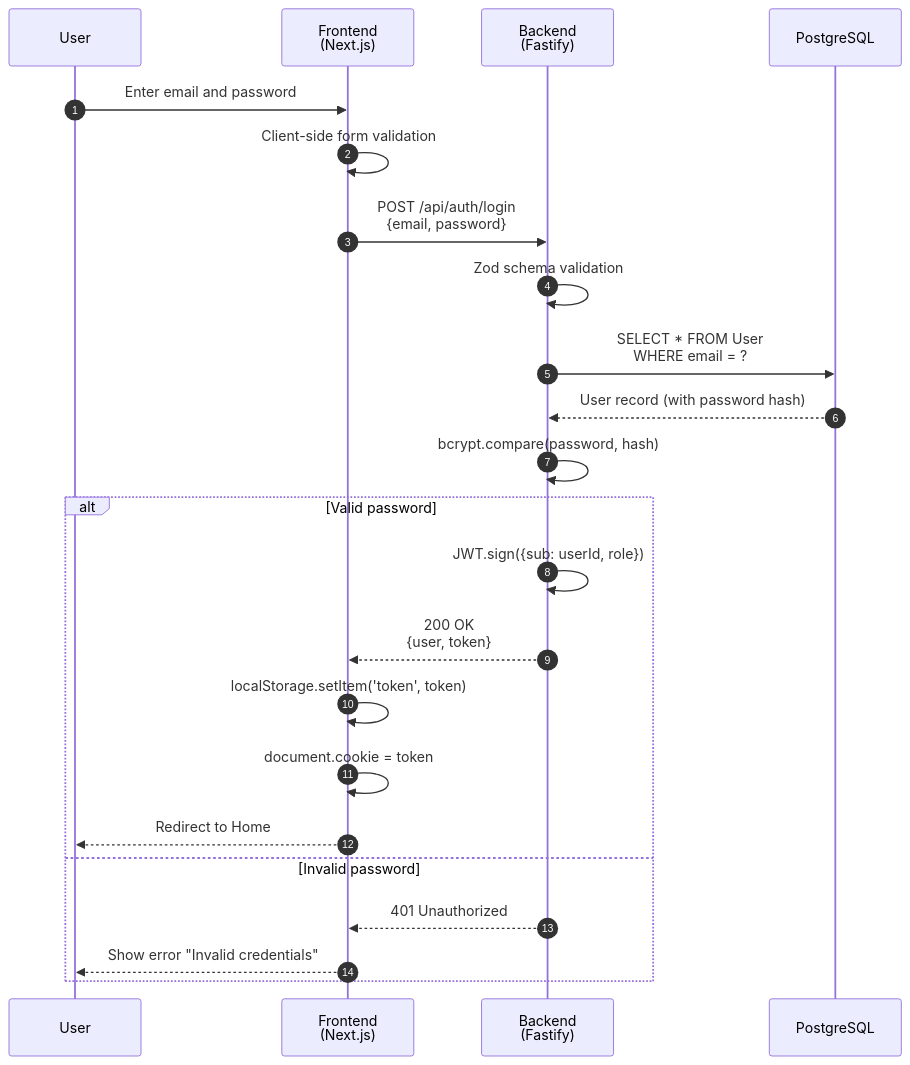
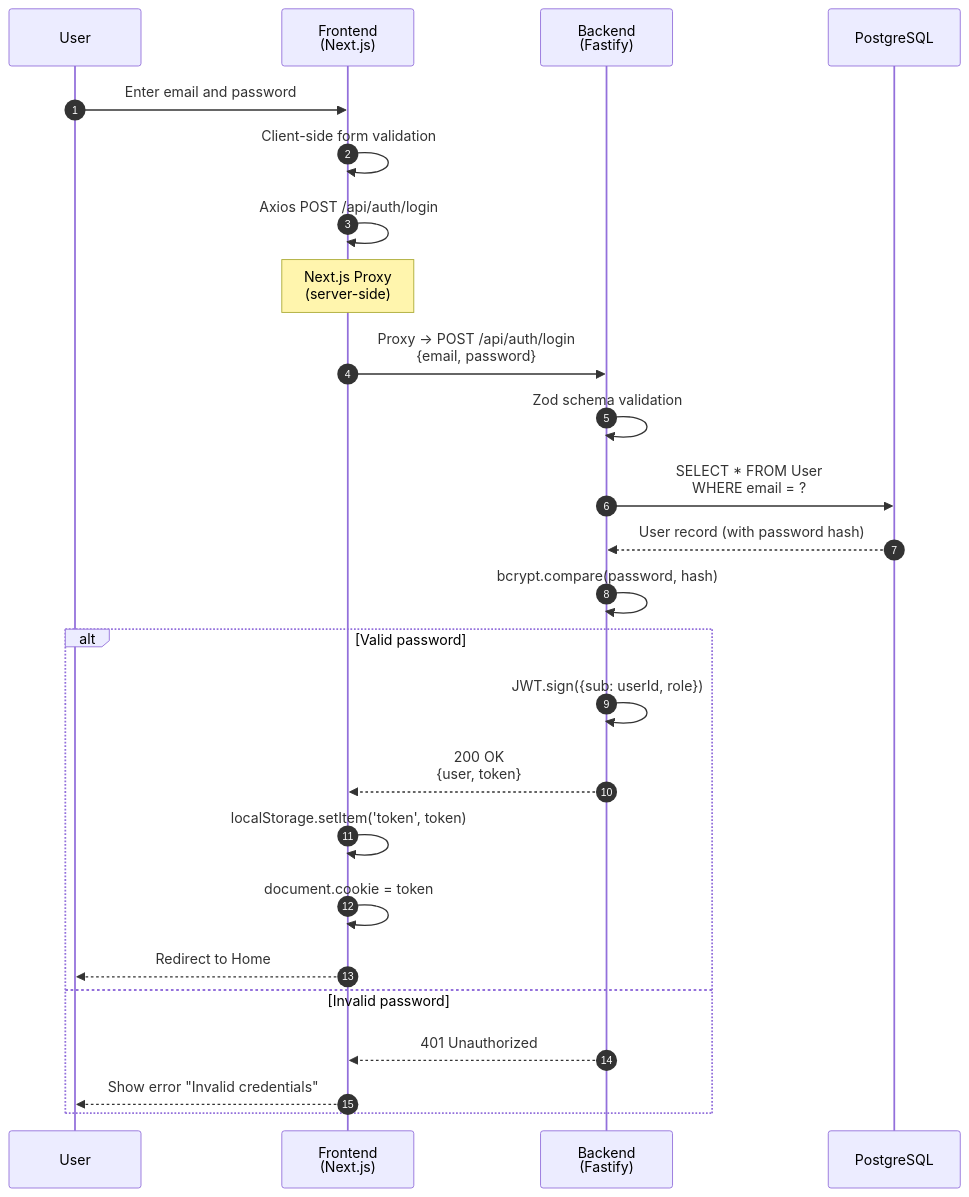
One commit to lorenzogirardi/ai-ecom-demo changed the first of 10 diagrams in ecommerce-demo/slides/SEQUENCE_DIAGRAMS_eng.md. Above: the diagram before and after it, drawn with Mermaid. The commit also changed other lines of this file and 1 other file, not shown here.

First line of the commit message:
docs: update sequence diagrams with Next.js proxy pattern

````diff
--- a/ecommerce-demo/slides/SEQUENCE_DIAGRAMS_eng.md
+++ b/ecommerce-demo/slides/SEQUENCE_DIAGRAMS_eng.md
@@ -9,26 +9,28 @@
 ```mermaid
 sequenceDiagram
     autonumber
     participant U as User
     participant FE as Frontend<br/>(Next.js)
     participant BE as Backend<br/>(Fastify)
     participant DB as PostgreSQL
 
     U->>FE: Enter email and password
     FE->>FE: Client-side form validation
-    FE->>BE: POST /api/auth/login<br/>{email, password}
+    FE->>FE: Axios POST /api/auth/login
+    Note over FE: Next.js Proxy<br/>(server-side)
+    FE->>BE: Proxy → POST /api/auth/login<br/>{email, password}
     BE->>BE: Zod schema validation
     BE->>DB: SELECT * FROM User<br/>WHERE email = ?
     DB-->>BE: User record (with password hash)
     BE->>BE: bcrypt.compare(password, hash)
     alt Valid password
         BE->>BE: JWT.sign({sub: userId, role})
         BE-->>FE: 200 OK<br/>{user, token}
         FE->>FE: localStorage.setItem('token', token)
         FE->>FE: document.cookie = token
         FE-->>U: Redirect to Home
     else Invalid password
         BE-->>FE: 401 Unauthorized
         FE-->>U: Show error "Invalid credentials"
     end
 ```
````
